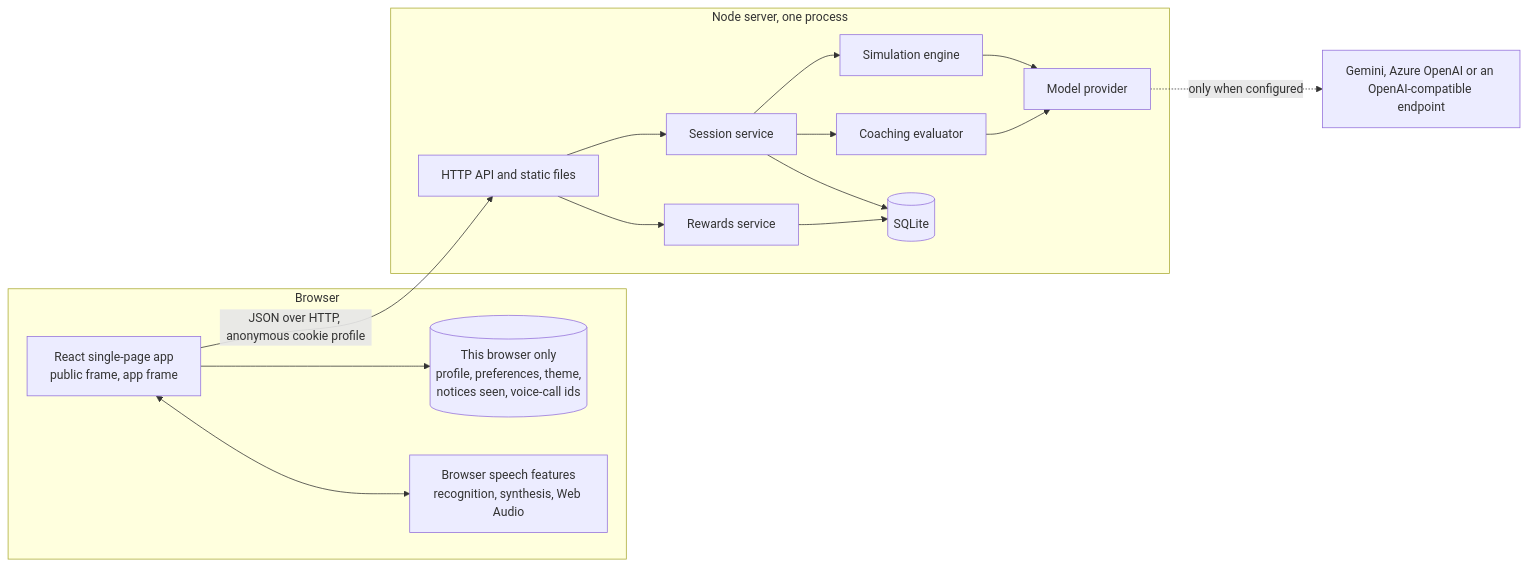
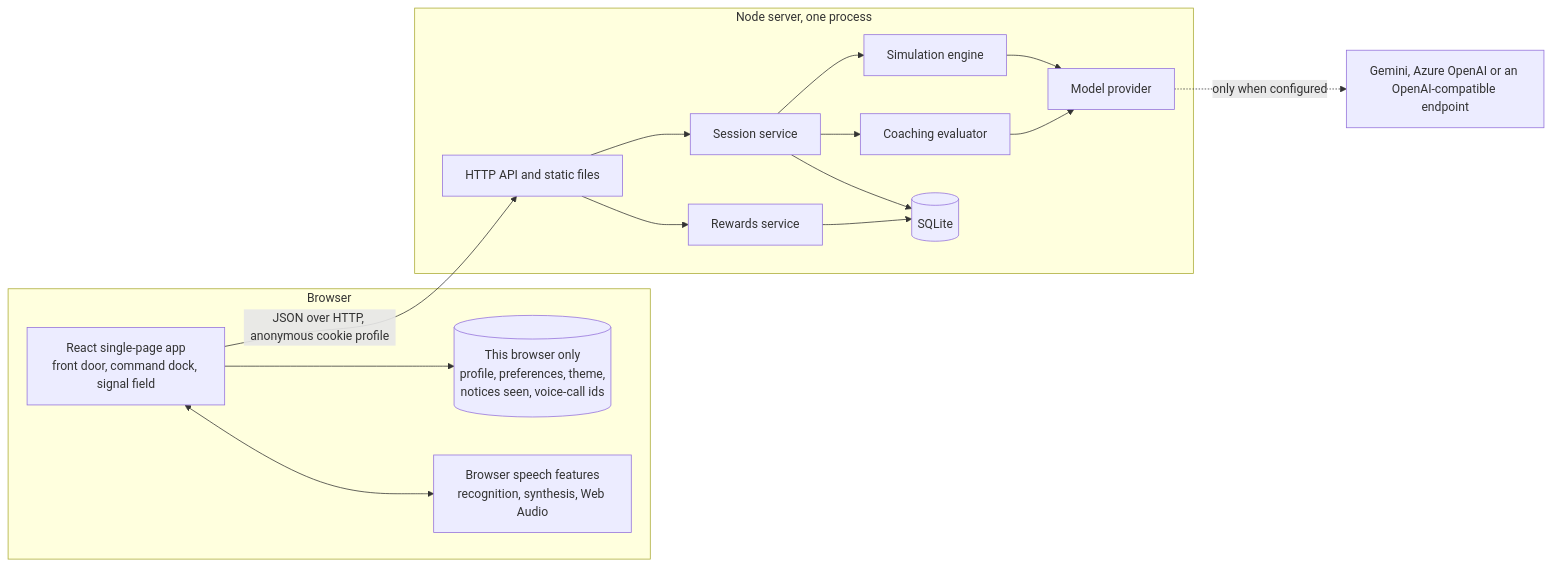
One commit to snowjug/Firefly changed the second of 6 diagrams in README.md. Above: the diagram before and after it, drawn with Mermaid. The commit also changed other lines of this file, not shown here.

````diff
--- a/README.md
+++ b/README.md
@@ -306,29 +342,29 @@
 ```mermaid
 flowchart LR
   subgraph Browser
-    UI["React single-page app<br/>public frame, app frame"]
+    UI["React single-page app<br/>front door, command dock, signal field"]
     LOCAL[("This browser only<br/>profile, preferences, theme,<br/>notices seen, voice-call ids")]
     SPEECH["Browser speech features<br/>recognition, synthesis, Web Audio"]
   end
   subgraph Server["Node server, one process"]
     API[HTTP API and static files]
     SVC[Session service]
     ENG[Simulation engine]
     EVAL[Coaching evaluator]
     RW[Rewards service]
     PROV[Model provider]
     DB[(SQLite)]
   end
   UI --> LOCAL
   UI <--> SPEECH
   UI -->|JSON over HTTP, anonymous cookie profile| API
   API --> SVC
   API --> RW
   SVC --> ENG
   SVC --> EVAL
   ENG --> PROV
   EVAL --> PROV
   SVC --> DB
   RW --> DB
   PROV -.->|only when configured| LLM[Gemini, Azure OpenAI or an OpenAI-compatible endpoint]
 ```
````
